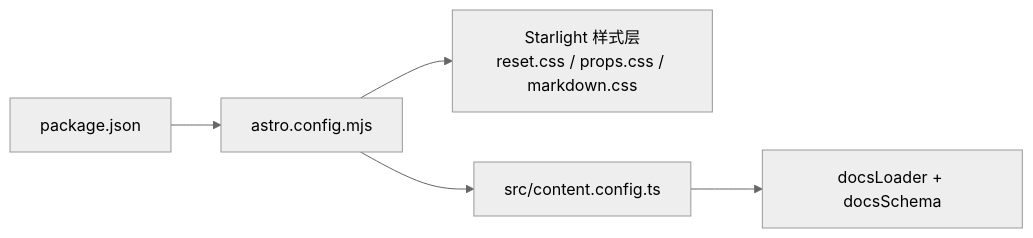
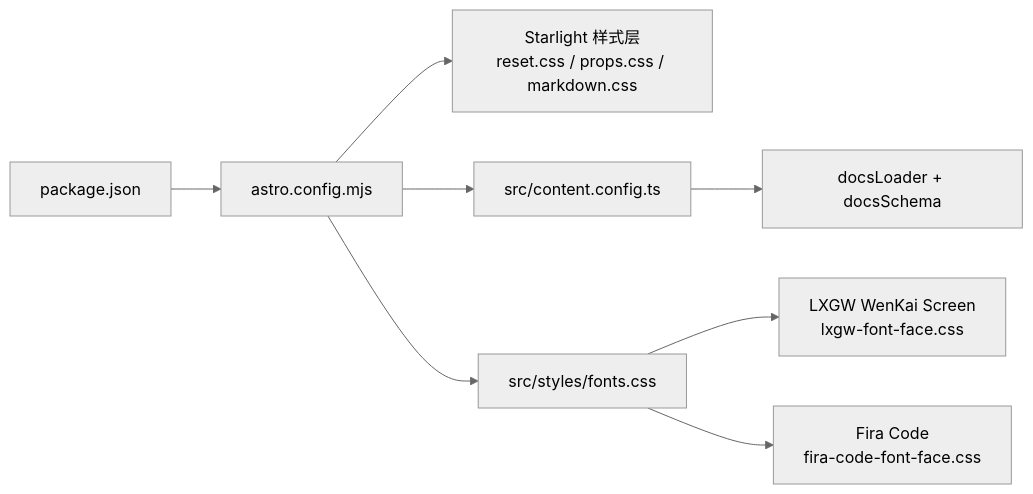
The seventh of 7 diagrams in .qoder/repowiki/zh/content/主题和样式系统.md (NTLx/ntlx.github.io), drawn with Mermaid (neutral theme) before and after one commit. The commit also changed other lines of this file and 7 other files, not shown here.

````diff
--- a/.qoder/repowiki/zh/content/主题和样式系统.md
+++ b/.qoder/repowiki/zh/content/主题和样式系统.md
@@ -216,7 +372,10 @@
 ```mermaid
 graph LR
 P["package.json"] --> A["astro.config.mjs"]
 A --> S["Starlight 样式层<br/>reset.css / props.css / markdown.css"]
 A --> C["src/content.config.ts"]
-C --> L["docsLoader + docsSchema"]
+A --> F["src/styles/fonts.css"]
+F --> L["LXGW WenKai Screen<br/>lxgw-font-face.css"]
+F --> R["Fira Code<br/>fira-code-font-face.css"]
+C --> LDR["docsLoader + docsSchema"]
 ```
````
